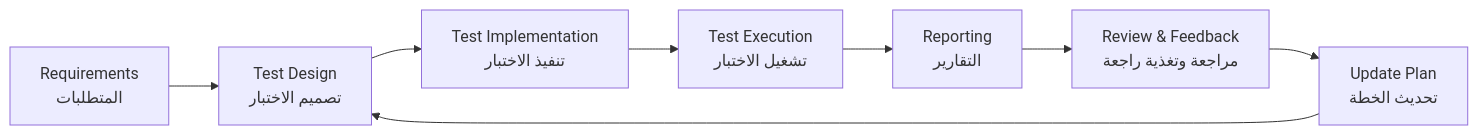
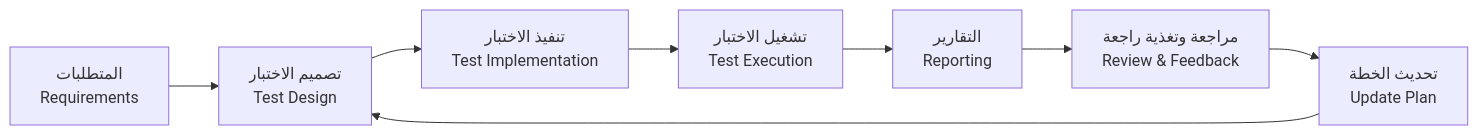
One commit to Ash69g/Documentation-Study changed the third of 3 diagrams in docs/11-test-plan/11-test-plan.md. Above: the diagram before and after it, drawn with Mermaid. The commit also changed other lines of this file and 15 other files, not shown here.

````diff
--- a/docs/11-test-plan/11-test-plan.md
+++ b/docs/11-test-plan/11-test-plan.md
@@ -225,10 +398,10 @@
 ```mermaid
 flowchart LR
-  Req["Requirements<br>المتطلبات"] --> Design["Test Design<br>تصميم الاختبار"]
-  Design --> Impl["Test Implementation<br>تنفيذ الاختبار"]
-  Impl --> Exec["Test Execution<br>تشغيل الاختبار"]
-  Exec --> Report["Reporting<br>التقارير"]
-  Report --> Review["Review & Feedback<br>مراجعة وتغذية راجعة"]
-  Review --> Update["Update Plan<br>تحديث الخطة"]
+  Req["المتطلبات<br>Requirements"] --> Design["تصميم الاختبار<br>Test Design"]
+  Design --> Impl["تنفيذ الاختبار<br>Test Implementation"]
+  Impl --> Exec["تشغيل الاختبار<br>Test Execution"]
+  Exec --> Report["التقارير<br>Reporting"]
+  Report --> Review["مراجعة وتغذية راجعة<br>Review & Feedback"]
+  Review --> Update["تحديث الخطة<br>Update Plan"]
   Update --> Design
 ```
````
